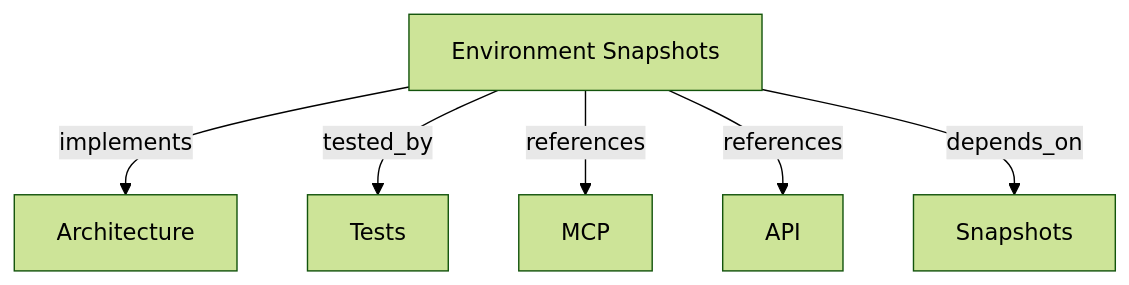
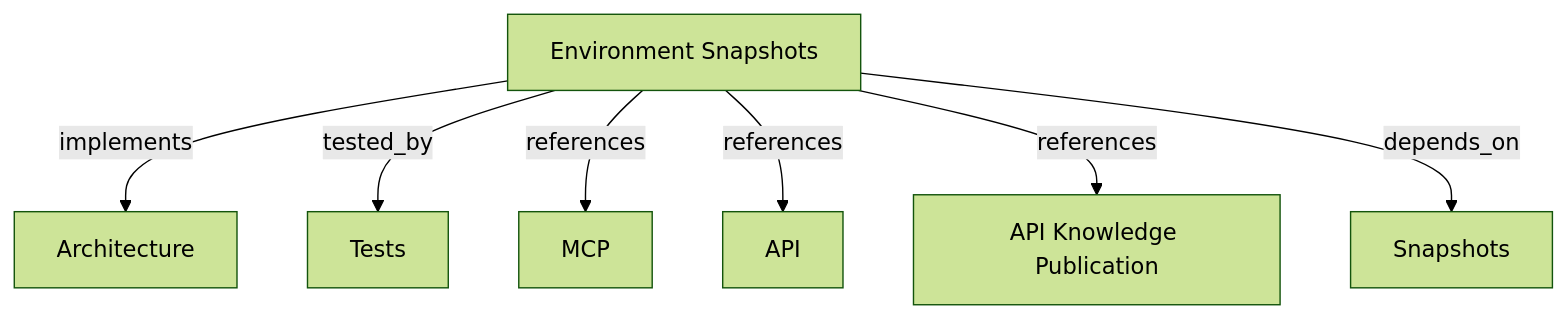
Before and after one commit to romabeckman/harness-memory: the diagram in docs/feature/core/environment-snapshots.md, drawn with Mermaid (forest theme). The commit also changed other lines of this file and 11 other files, not shown here.

````diff
--- a/docs/feature/core/environment-snapshots.md
+++ b/docs/feature/core/environment-snapshots.md
@@ -157,13 +165,15 @@
 ```mermaid
 graph TD
     THIS["Environment Snapshots"] -->|implements| ARCH["Architecture"]
     THIS -->|tested_by| TESTS["Tests"]
     THIS -->|references| MCP["MCP"]
     THIS -->|references| API["API"]
+    THIS -->|references| PUBLICATION["API Knowledge Publication"]
     THIS -->|depends_on| SNAP["Snapshots"]
     click ARCH "../../adr/ARCHITECTURE.md"
     click TESTS "../../adr/TESTS.md"
     click MCP "../../adr/MCP.md"
     click API "../../adr/API.md"
+    click PUBLICATION "../api/knowledge-publication.md"
     click SNAP "./snapshot-publication.md"
 ```
````
